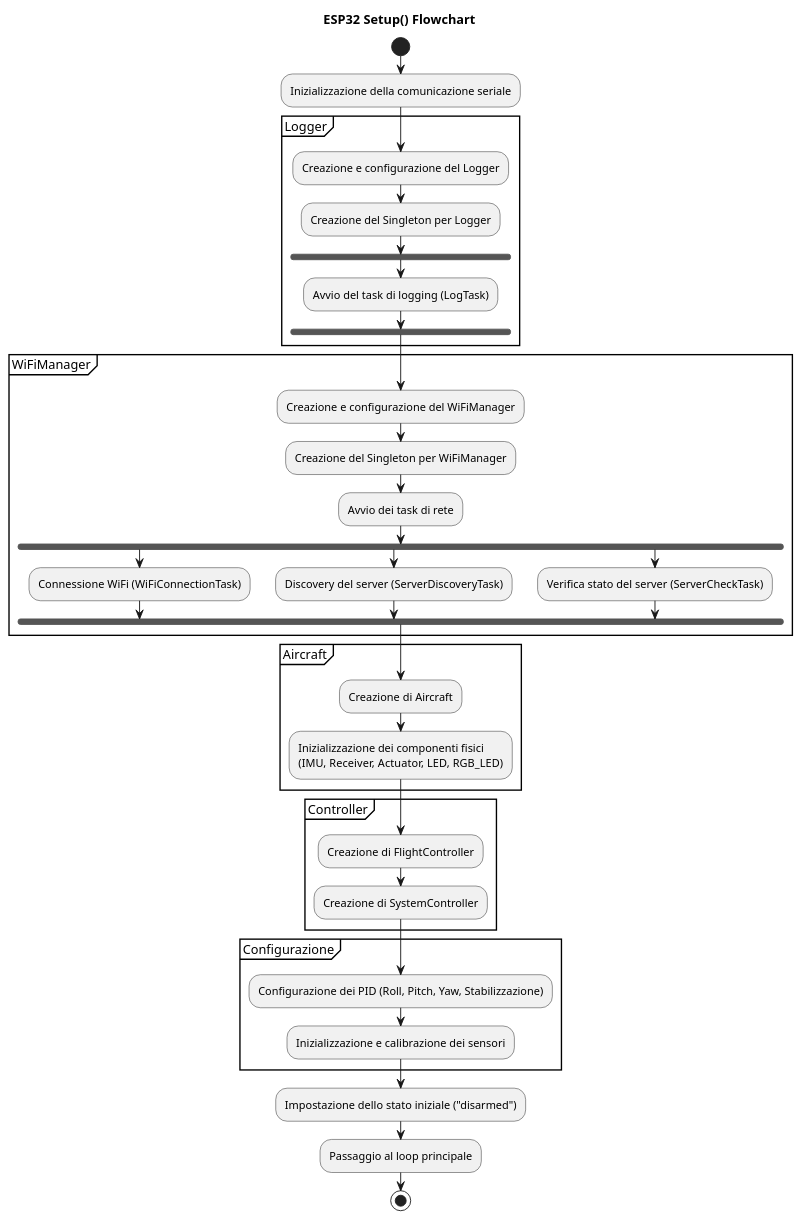
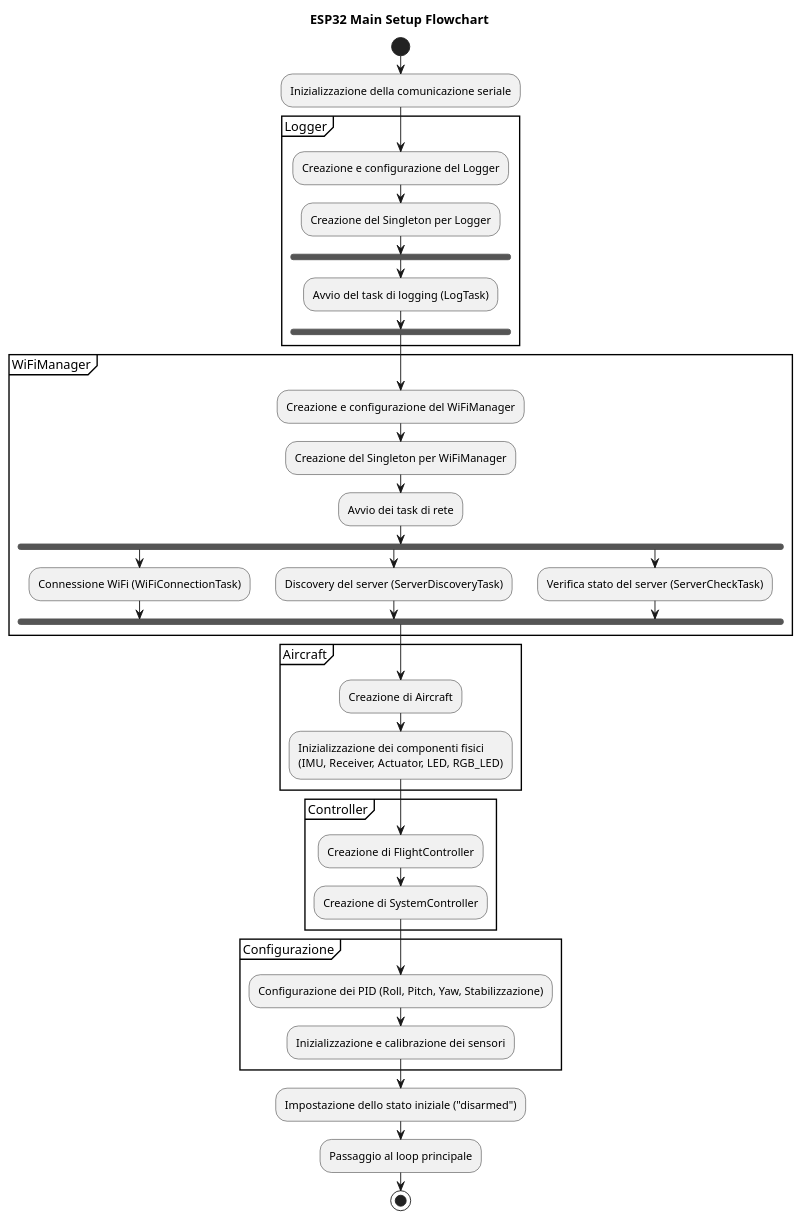
One commit to ZeroEra99/ESP32_FlightController changed the diagram in docs/esp32_setup_flowchart.puml. Above: the diagram before and after it, drawn with PlantUML. The commit also changed 12 other files, not shown here.

First line of the commit message:
Aggiornamento diagrammi

```diff
--- a/docs/esp32_setup_flowchart.puml
+++ b/docs/esp32_setup_flowchart.puml
@@ -1,50 +1,50 @@
 @startuml esp32_setup_flowchart
 
-title ESP32 Setup() Flowchart
+title ESP32 Main Setup Flowchart
 
 start
 :Inizializzazione della comunicazione seriale;
 
 group Logger
   :Creazione e configurazione del Logger;
   :Creazione del Singleton per Logger;
   fork
     :Avvio del task di logging (LogTask);
   end fork
 end group
 
 group WiFiManager
   :Creazione e configurazione del WiFiManager;
   :Creazione del Singleton per WiFiManager;
   :Avvio dei task di rete;
   fork
     :Connessione WiFi (WiFiConnectionTask);
   fork again
     :Discovery del server (ServerDiscoveryTask);
   fork again
     :Verifica stato del server (ServerCheckTask);
   end fork
 end group
 
 group Aircraft
   :Creazione di Aircraft;
   :Inizializzazione dei componenti fisici
   (IMU, Receiver, Actuator, LED, RGB_LED);
 end group
 
 group Controller
   :Creazione di FlightController;
   :Creazione di SystemController;
 end group
 
 group Configurazione
   :Configurazione dei PID (Roll, Pitch, Yaw, Stabilizzazione);
   :Inizializzazione e calibrazione dei sensori;
 end group
 
 :Impostazione dello stato iniziale ("disarmed");
 :Passaggio al loop principale;
 
 stop
 
 @enduml
```
